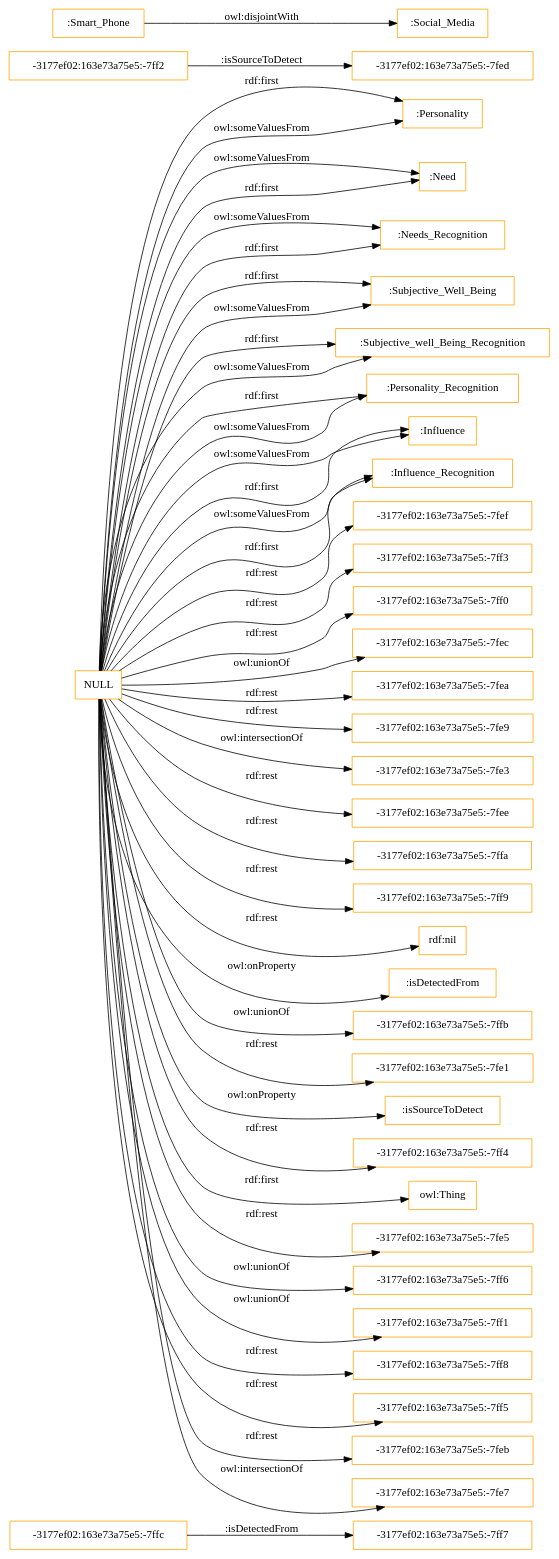
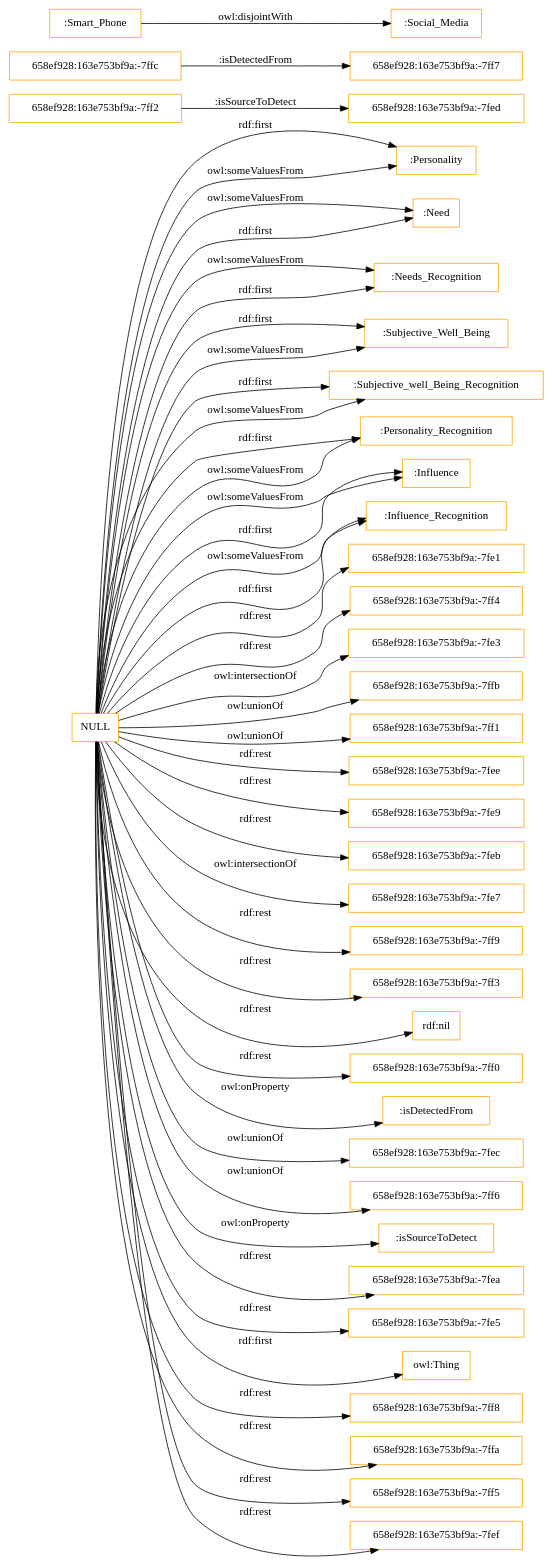
Before and after one commit to rana-othman/HASIO-Modularization: the diagram in OnToology/Influence_Recognition_Module.owl/diagrams/ar2dtool-class/Influence_Recognition_Module.owl.png.dot, drawn with Graphviz. The commit also changed 9 other files, not shown here.

```diff
--- a/OnToology/Influence_Recognition_Module.owl/diagrams/ar2dtool-class/Influence_Recognition_Module.owl.png.dot
+++ b/OnToology/Influence_Recognition_Module.owl/diagrams/ar2dtool-class/Influence_Recognition_Module.owl.png.dot
@@ -1,49 +1,49 @@
 digraph ar2dtool_diagram { 
 rankdir=LR;
 size="1501"
-node [shape = rectangle, color="orange"]; "-3177ef02:163e73a75e5:-7ff7" ":Personality" ":Need" ":Needs_Recognition" "-3177ef02:163e73a75e5:-7ff2" ":Subjective_Well_Being" ":Subjective_well_Being_Recognition" ":Personality_Recognition" "-3177ef02:163e73a75e5:-7fed" "-3177ef02:163e73a75e5:-7ffc" ":Influence" ":Smart_Phone" ":Social_Media" ":Influence_Recognition" ; /*classes style*/
-	"NULL" -> "-3177ef02:163e73a75e5:-7fef" [ label = "rdf:rest" ];
+node [shape = rectangle, color="orange"]; ":Personality" ":Need" "658ef928:163e753bf9a:-7fed" ":Needs_Recognition" "658ef928:163e753bf9a:-7ffc" "658ef928:163e753bf9a:-7ff2" ":Subjective_Well_Being" ":Subjective_well_Being_Recognition" ":Personality_Recognition" "658ef928:163e753bf9a:-7ff7" ":Influence" ":Smart_Phone" ":Social_Media" ":Influence_Recognition" ; /*classes style*/
 	"NULL" -> ":Personality_Recognition" [ label = "rdf:first" ];
-	"NULL" -> "-3177ef02:163e73a75e5:-7ff3" [ label = "rdf:rest" ];
 	"NULL" -> ":Personality" [ label = "rdf:first" ];
-	"NULL" -> "-3177ef02:163e73a75e5:-7ff0" [ label = "rdf:rest" ];
+	"NULL" -> "658ef928:163e753bf9a:-7fe1" [ label = "rdf:rest" ];
+	"NULL" -> "658ef928:163e753bf9a:-7ff4" [ label = "rdf:rest" ];
+	"NULL" -> "658ef928:163e753bf9a:-7fe3" [ label = "owl:intersectionOf" ];
+	"NULL" -> "658ef928:163e753bf9a:-7ffb" [ label = "owl:unionOf" ];
 	"NULL" -> ":Subjective_Well_Being" [ label = "rdf:first" ];
 	"NULL" -> ":Personality_Recognition" [ label = "owl:someValuesFrom" ];
+	"NULL" -> "658ef928:163e753bf9a:-7ff1" [ label = "owl:unionOf" ];
 	"NULL" -> ":Need" [ label = "owl:someValuesFrom" ];
 	"NULL" -> ":Influence" [ label = "owl:someValuesFrom" ];
-	"NULL" -> "-3177ef02:163e73a75e5:-7fec" [ label = "owl:unionOf" ];
+	"NULL" -> "658ef928:163e753bf9a:-7fee" [ label = "rdf:rest" ];
+	"NULL" -> "658ef928:163e753bf9a:-7fe9" [ label = "rdf:rest" ];
 	"NULL" -> ":Influence_Recognition" [ label = "owl:someValuesFrom" ];
-	"NULL" -> "-3177ef02:163e73a75e5:-7fea" [ label = "rdf:rest" ];
+	"NULL" -> "658ef928:163e753bf9a:-7feb" [ label = "rdf:rest" ];
 	"NULL" -> ":Personality" [ label = "owl:someValuesFrom" ];
-	"NULL" -> "-3177ef02:163e73a75e5:-7fe9" [ label = "rdf:rest" ];
+	"NULL" -> "658ef928:163e753bf9a:-7fe7" [ label = "owl:intersectionOf" ];
 	"NULL" -> ":Needs_Recognition" [ label = "owl:someValuesFrom" ];
-	"NULL" -> "-3177ef02:163e73a75e5:-7fe3" [ label = "owl:intersectionOf" ];
-	"NULL" -> "-3177ef02:163e73a75e5:-7fee" [ label = "rdf:rest" ];
-	"NULL" -> "-3177ef02:163e73a75e5:-7ffa" [ label = "rdf:rest" ];
-	"NULL" -> "-3177ef02:163e73a75e5:-7ff9" [ label = "rdf:rest" ];
+	"NULL" -> "658ef928:163e753bf9a:-7ff9" [ label = "rdf:rest" ];
+	"NULL" -> "658ef928:163e753bf9a:-7ff3" [ label = "rdf:rest" ];
 	"NULL" -> "rdf:nil" [ label = "rdf:rest" ];
+	"NULL" -> "658ef928:163e753bf9a:-7ff0" [ label = "rdf:rest" ];
 	"NULL" -> ":isDetectedFrom" [ label = "owl:onProperty" ];
-	"NULL" -> "-3177ef02:163e73a75e5:-7ffb" [ label = "owl:unionOf" ];
+	"NULL" -> "658ef928:163e753bf9a:-7fec" [ label = "owl:unionOf" ];
 	"NULL" -> ":Subjective_well_Being_Recognition" [ label = "rdf:first" ];
-	"NULL" -> "-3177ef02:163e73a75e5:-7fe1" [ label = "rdf:rest" ];
+	"NULL" -> "658ef928:163e753bf9a:-7ff6" [ label = "owl:unionOf" ];
 	"NULL" -> ":isSourceToDetect" [ label = "owl:onProperty" ];
 	"NULL" -> ":Need" [ label = "rdf:first" ];
-	"NULL" -> "-3177ef02:163e73a75e5:-7ff4" [ label = "rdf:rest" ];
+	"NULL" -> "658ef928:163e753bf9a:-7fea" [ label = "rdf:rest" ];
+	"NULL" -> "658ef928:163e753bf9a:-7fe5" [ label = "rdf:rest" ];
 	"NULL" -> "owl:Thing" [ label = "rdf:first" ];
-	"NULL" -> "-3177ef02:163e73a75e5:-7fe5" [ label = "rdf:rest" ];
+	"NULL" -> "658ef928:163e753bf9a:-7ff8" [ label = "rdf:rest" ];
 	"NULL" -> ":Subjective_well_Being_Recognition" [ label = "owl:someValuesFrom" ];
-	"NULL" -> "-3177ef02:163e73a75e5:-7ff6" [ label = "owl:unionOf" ];
-	"NULL" -> "-3177ef02:163e73a75e5:-7ff1" [ label = "owl:unionOf" ];
-	"NULL" -> "-3177ef02:163e73a75e5:-7ff8" [ label = "rdf:rest" ];
+	"NULL" -> "658ef928:163e753bf9a:-7ffa" [ label = "rdf:rest" ];
+	"NULL" -> "658ef928:163e753bf9a:-7ff5" [ label = "rdf:rest" ];
 	"NULL" -> ":Influence" [ label = "rdf:first" ];
-	"NULL" -> "-3177ef02:163e73a75e5:-7ff5" [ label = "rdf:rest" ];
 	"NULL" -> ":Needs_Recognition" [ label = "rdf:first" ];
-	"NULL" -> "-3177ef02:163e73a75e5:-7feb" [ label = "rdf:rest" ];
+	"NULL" -> "658ef928:163e753bf9a:-7fef" [ label = "rdf:rest" ];
 	"NULL" -> ":Subjective_Well_Being" [ label = "owl:someValuesFrom" ];
-	"NULL" -> "-3177ef02:163e73a75e5:-7fe7" [ label = "owl:intersectionOf" ];
 	"NULL" -> ":Influence_Recognition" [ label = "rdf:first" ];
 	":Smart_Phone" -> ":Social_Media" [ label = "owl:disjointWith" ];
-	"-3177ef02:163e73a75e5:-7ffc" -> "-3177ef02:163e73a75e5:-7ff7" [ label = ":isDetectedFrom" ];
-	"-3177ef02:163e73a75e5:-7ff2" -> "-3177ef02:163e73a75e5:-7fed" [ label = ":isSourceToDetect" ];
+	"658ef928:163e753bf9a:-7ffc" -> "658ef928:163e753bf9a:-7ff7" [ label = ":isDetectedFrom" ];
+	"658ef928:163e753bf9a:-7ff2" -> "658ef928:163e753bf9a:-7fed" [ label = ":isSourceToDetect" ];
 
 }
```
